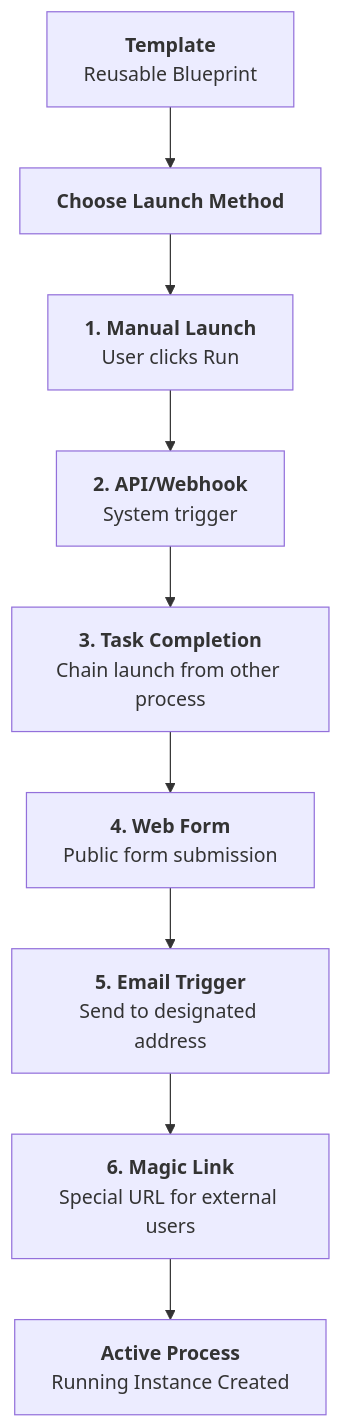
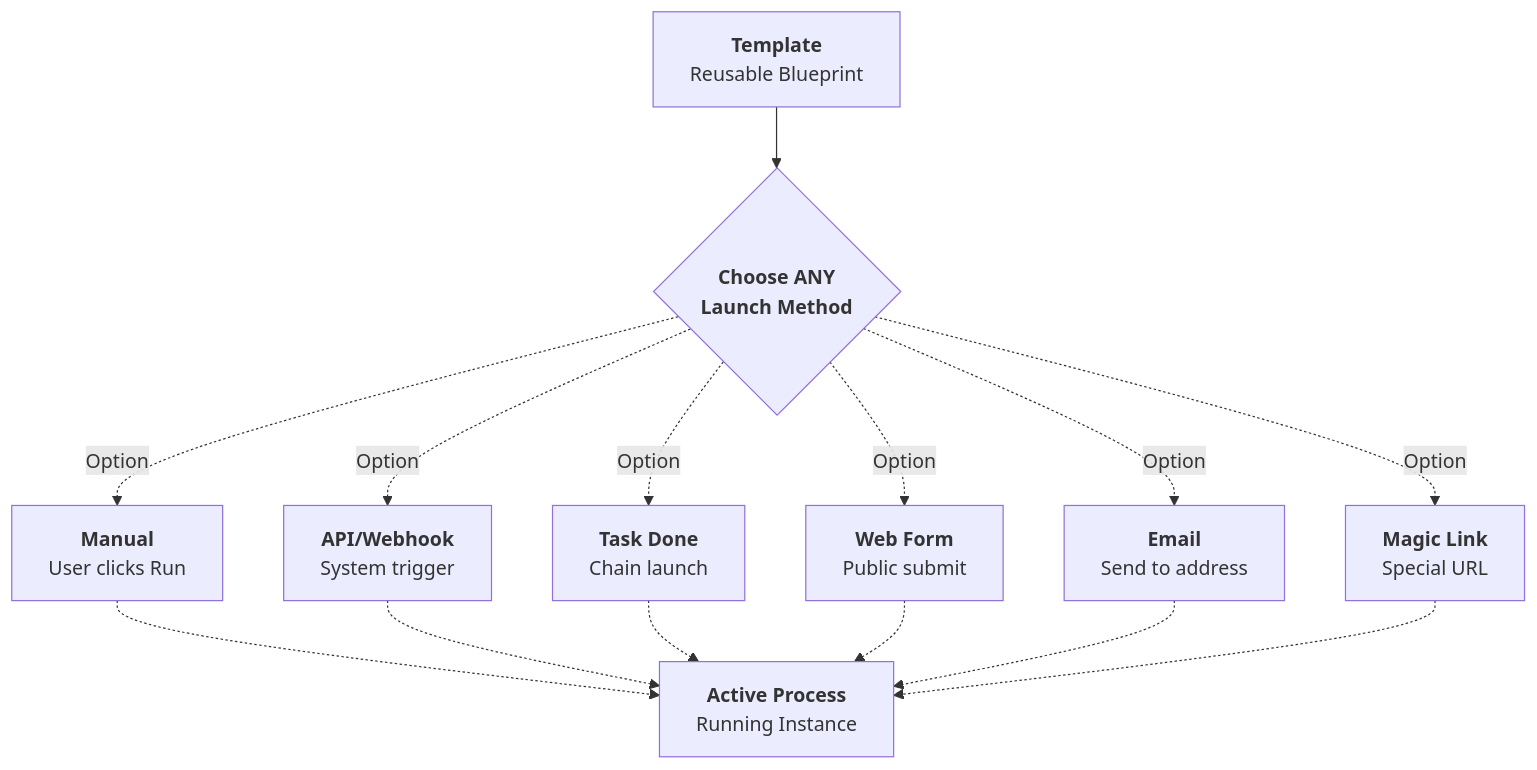
The diagram in src/content/docs/pro/launching/index.mdx (tallyfy/documentation), drawn with Mermaid before and after one commit.

Commit message:
Fix: Restore launch methods diagram to show CHOICE not sequence
- Changed from sequential numbered flow back to choice-based structure
- Added diamond decision node 'Choose ANY Launch Method' to clarify options
- Used dotted lines to show these are alternatives, not required steps
- All methods converge to same outcome (Active Process)
- Preserves the meaning that users can pick ANY method, not follow them in order

````diff
--- a/src/content/docs/pro/launching/index.mdx
+++ b/src/content/docs/pro/launching/index.mdx
@@ -57,37 +57,43 @@
 ```mermaid
 graph TD
     Template["`**Template**
     Reusable Blueprint`"]
     
-    Template --> Methods["`**Choose Launch Method**`"]
+    Template --> Choice{"`**Choose ANY
+    Launch Method**`"}
     
-    Methods --> Manual["`**1. Manual Launch**
+    Choice -.->|"`Option`"| Manual["`**Manual**
     User clicks Run`"]
     
-    Manual --> API["`**2. API/Webhook**
+    Choice -.->|"`Option`"| API["`**API/Webhook**
     System trigger`"]
     
-    API --> Task["`**3. Task Completion**
-    Chain launch from other process`"]
+    Choice -.->|"`Option`"| Task["`**Task Done**
+    Chain launch`"]
     
-    Task --> Form["`**4. Web Form**
-    Public form submission`"]
+    Choice -.->|"`Option`"| Form["`**Web Form**
+    Public submit`"]
     
-    Form --> Email["`**5. Email Trigger**
-    Send to designated address`"]
+    Choice -.->|"`Option`"| Email["`**Email**
+    Send to address`"]
     
-    Email --> Magic["`**6. Magic Link**
-    Special URL for external users`"]
+    Choice -.->|"`Option`"| Magic["`**Magic Link**
+    Special URL`"]
     
-    Magic --> Process["`**Active Process**
-    Running Instance Created`"]
+    Manual -.-> Process["`**Active Process**
+    Running Instance`"]
+    API -.-> Process
+    Task -.-> Process
+    Form -.-> Process
+    Email -.-> Process
+    Magic -.-> Process
     
     click Manual "/products/pro/launching/how-can-i-launch-a-process-in-tallyfy/" "Manual launching guide"
     click Template "/products/pro/documenting/templates/" "Templates overview"
     click Process "/products/pro/tracking-and-tasks/processes/" "Processes overview"
     click API "/products/pro/integrations/open-api/" "API documentation"
     click Form "/products/pro/launching/how-to-launch-a-tallyfy-process-from-a-webform/" "Web form launching"
     click Email "/products/pro/launching/triggers/via-email/" "Email triggers"
     click Magic "/products/pro/launching/triggers/magic-links/" "Magic links"
     click Task "/products/pro/launching/launch-process-when-task-is-completed/" "Task completion triggers"
 ```
````
